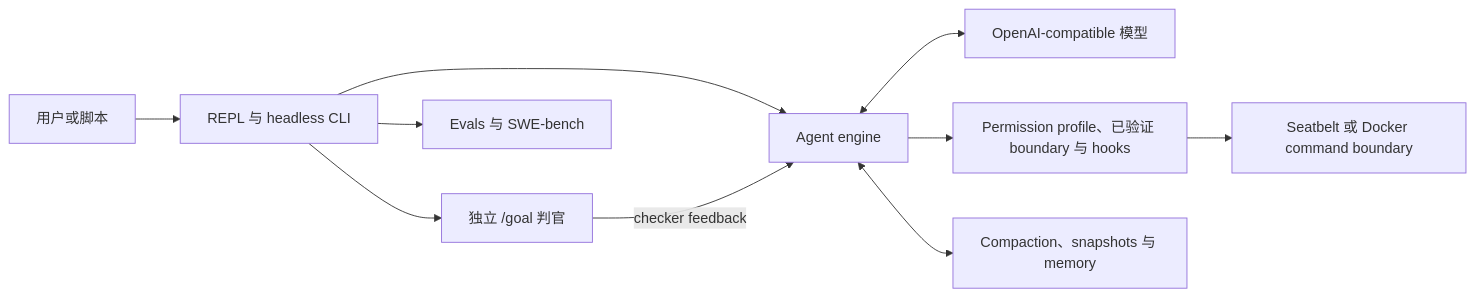
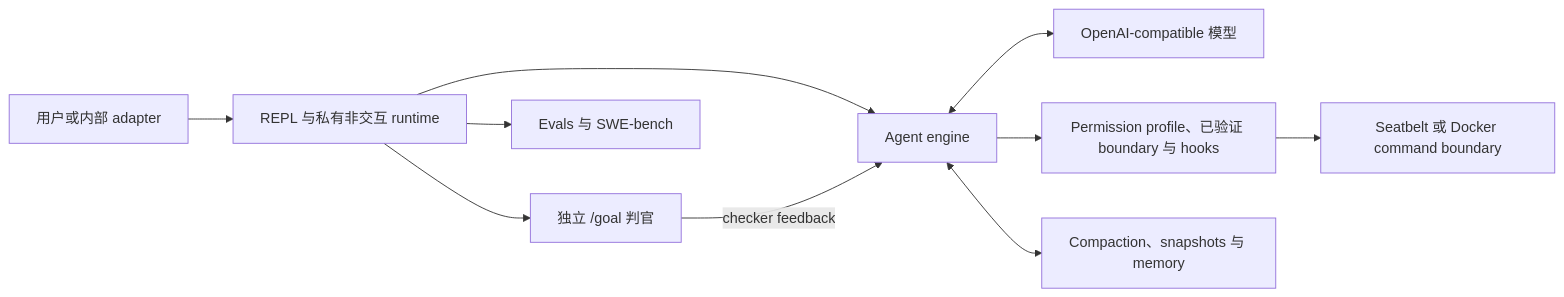
One commit to maisieyang/build-my-own-harness changed the diagram in README.zh-CN.md. Above: the diagram before and after it, drawn with Mermaid. The commit also changed other lines of this file and 32 other files, not shown here.

````diff
--- a/README.zh-CN.md
+++ b/README.zh-CN.md
@@ -85,12 +85,12 @@
 ```mermaid
 flowchart LR
-    U["用户或脚本"] --> C["REPL 与 headless CLI"]
+    U["用户或内部 adapter"] --> C["REPL 与私有非交互 runtime"]
     C --> E["Agent engine"]
     E <--> M["OpenAI-compatible 模型"]
     E --> P["Permission profile、已验证 boundary 与 hooks"]
     P --> X["Seatbelt 或 Docker command boundary"]
     E <--> S["Compaction、snapshots 与 memory"]
     C --> V["独立 /goal 判官"]
     V -->|"checker feedback"| E
     C --> O["Evals 与 SWE-bench"]
 ```
````
